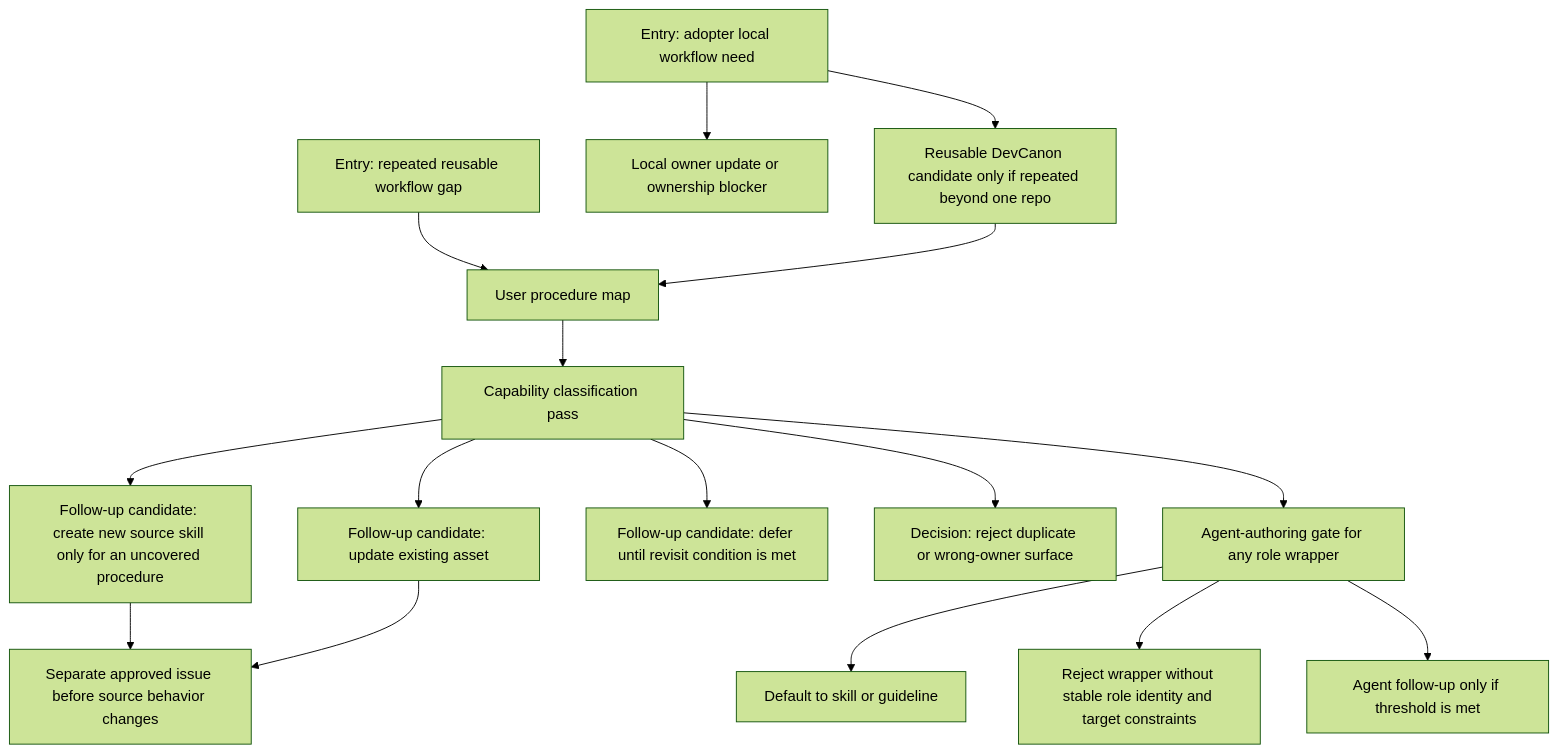
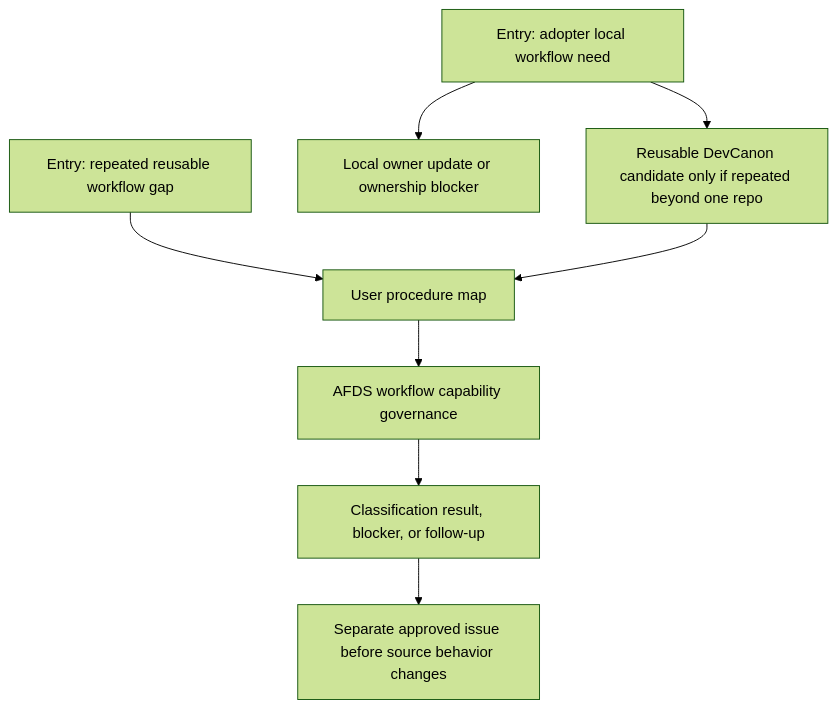
One commit to ryumiel/devcanon changed diagram 12 of 12 in docs/guidelines/portable-afds-user-procedure-map.md. Above: the diagram before and after it, drawn with Mermaid (forest theme). The commit also changed other lines of this file and 10 other files, not shown here.

First line of the commit message:
docs(afds): add workflow capability governance (#501)

````diff
--- a/docs/guidelines/portable-afds-user-procedure-map.md
+++ b/docs/guidelines/portable-afds-user-procedure-map.md
@@ -276,18 +277,10 @@
 ```mermaid
 flowchart TD
   gap["Entry: repeated reusable workflow gap"] --> map["User procedure map"]
   local["Entry: adopter local workflow need"] --> localOwner["Local owner update or ownership blocker"]
   local --> candidate["Reusable DevCanon candidate only if repeated beyond one repo"]
   candidate --> map
-  map --> classify["Capability classification pass"]
-  classify --> update["Follow-up candidate: update existing asset"]
-  classify --> create["Follow-up candidate: create new source skill only for an uncovered procedure"]
-  classify --> defer["Follow-up candidate: defer until revisit condition is met"]
-  classify --> reject["Decision: reject duplicate or wrong-owner surface"]
-  create --> approval["Separate approved issue before source behavior changes"]
-  update --> approval
-  classify --> agentGate["Agent-authoring gate for any role wrapper"]
-  agentGate --> default["Default to skill or guideline"]
-  agentGate --> rejectAgent["Reject wrapper without stable role identity and target constraints"]
-  agentGate --> agentFollowup["Agent follow-up only if threshold is met"]
+  map --> govern["AFDS workflow capability governance"]
+  govern --> result["Classification result, blocker, or follow-up"]
+  result --> approval["Separate approved issue before source behavior changes"]
 ```
````
